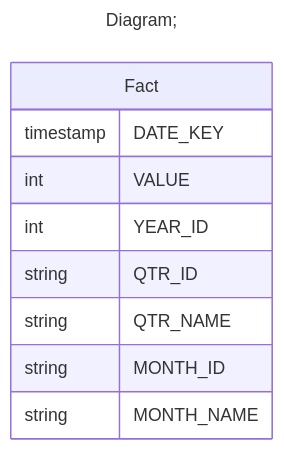
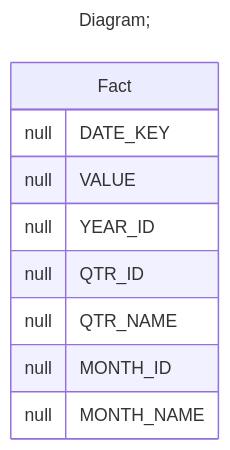
The third of 3 diagrams in demo/server/catalogs/min_Dimension_TimeDimension/README.MD (xmla-services/workground), drawn with Mermaid before and after one commit. The commit also changed other lines of this file and 39 other files, not shown here.

````diff
--- a/demo/server/catalogs/min_Dimension_TimeDimension/README.MD
+++ b/demo/server/catalogs/min_Dimension_TimeDimension/README.MD
@@ -99,16 +99,16 @@
 ```mermaid
 ---
 title: Diagram;
 ---
 erDiagram
 Fact{
-timestamp DATE_KEY
-int VALUE
-int YEAR_ID
-string QTR_ID
-string QTR_NAME
-string MONTH_ID
-string MONTH_NAME
+null DATE_KEY
+null VALUE
+null YEAR_ID
+null QTR_ID
+null QTR_NAME
+null MONTH_ID
+null MONTH_NAME
 }
 
 ```
````
